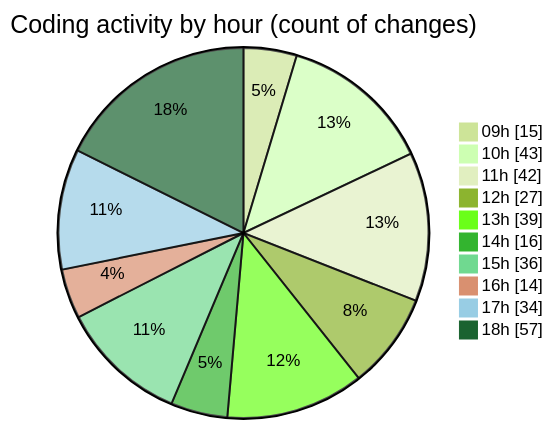
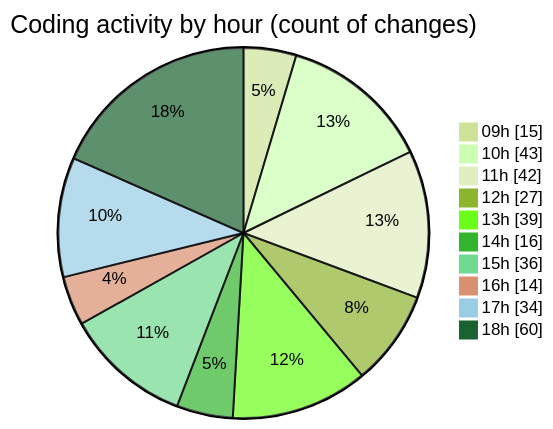
One commit to momahboobian/code-tracking changed the second of 2 diagrams in 2025-09-30/cda/README.md. Above: the diagram before and after it, drawn with Mermaid (forest theme). The commit also changed other lines of this file and 1 other file, not shown here.

````diff
--- a/2025-09-30/cda/README.md
+++ b/2025-09-30/cda/README.md
@@ -34,14 +34,14 @@
 ```mermaid
 pie showData
 title Coding activity by hour (count of changes)
 "09h" : 15
 "10h" : 43
 "11h" : 42
 "12h" : 27
 "13h" : 39
 "14h" : 16
 "15h" : 36
 "16h" : 14
 "17h" : 34
-"18h" : 57
+"18h" : 60
 ```
````
